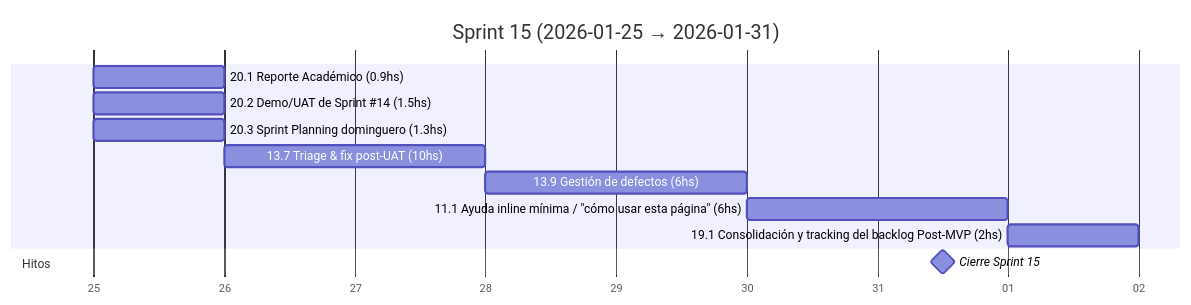
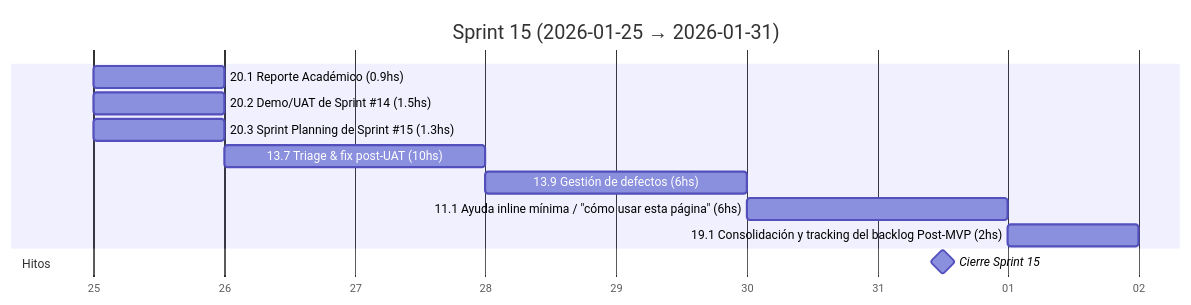
One commit to MarkMed/FleetMan changed diagram 16 of 19 in docs/SprintsGantts.md. Above: the diagram before and after it, drawn with Mermaid. The commit also changed other lines of this file and 2 other files, not shown here.

Commit message:
feat: Update Sprint Planning references to include specific sprint numbers

````diff
--- a/docs/SprintsGantts.md
+++ b/docs/SprintsGantts.md
@@ -460,19 +460,19 @@
 ```mermaid
 gantt
   title Sprint 15 (2026-01-25 → 2026-01-31)
   dateFormat  YYYY-MM-DD
   axisFormat  %d
 
   %% Asumimos 5 h/día. Horas estimadas incluidas en el nombre.
 
   20.1 Reporte Académico (0.9hs)               :t201, 2026-01-25, 1d
   20.2 Demo/UAT de Sprint #14 (1.5hs)          :t202, 2026-01-25, 1d
-  20.3 Sprint Planning dominguero (1.3hs)      :t203, 2026-01-25, 1d
+  20.3 Sprint Planning de Sprint #15 (1.3hs)      :t203, 2026-01-25, 1d
   13.7 Triage & fix post-UAT (10hs)            :t137, after t203, 2d
   13.9 Gestión de defectos (6hs)               :t139, after t137, 2d
   11.1 Ayuda inline mínima / "cómo usar esta página" (6hs) :t111, after t139, 2d
   19.1 Consolidación y tracking del backlog Post-MVP (2hs) :t191, after t111, 1d
 
   section Hitos
   Cierre Sprint 15                             :milestone, s15, 2026-01-31, 1d
 ```
````
